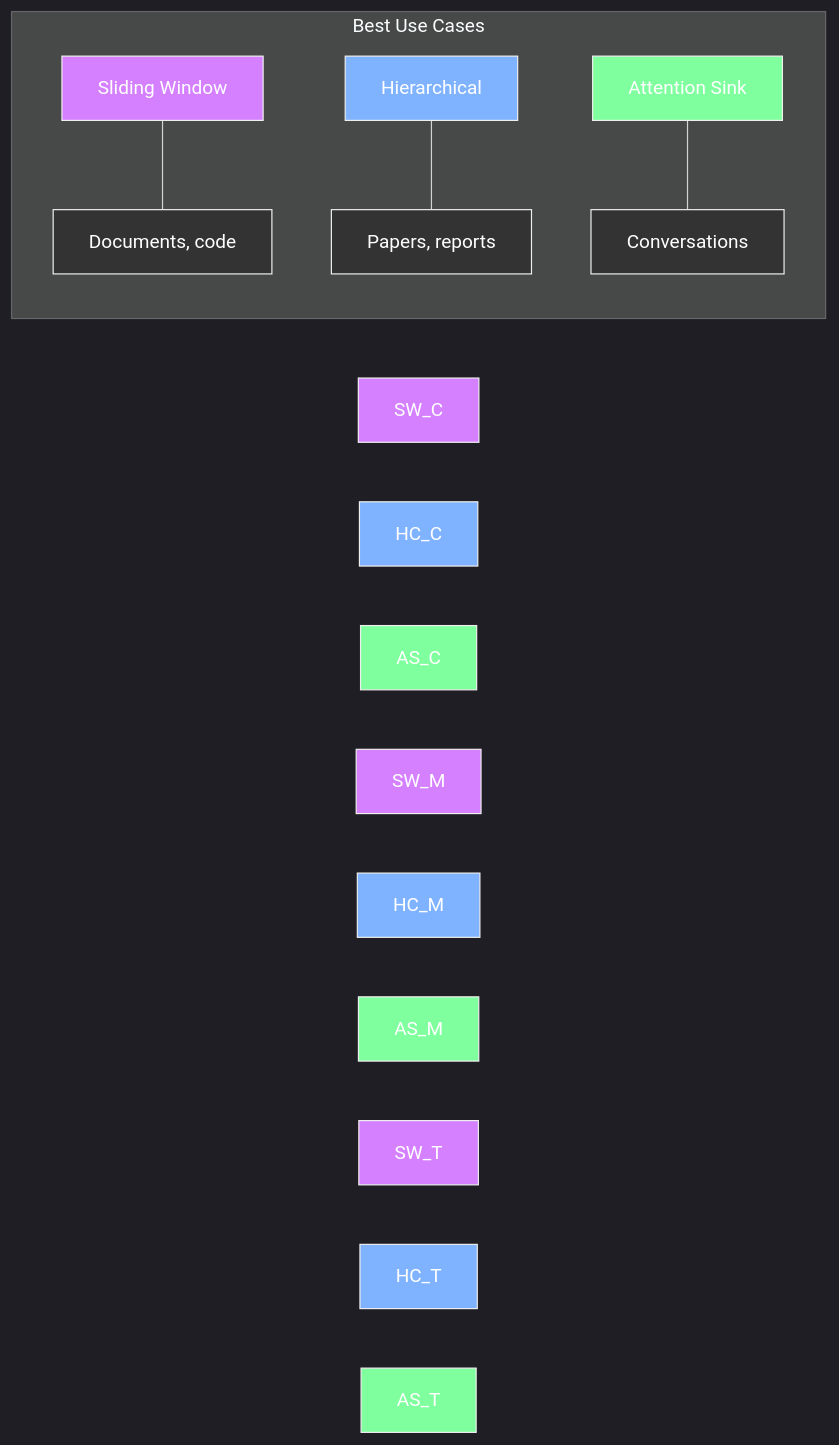
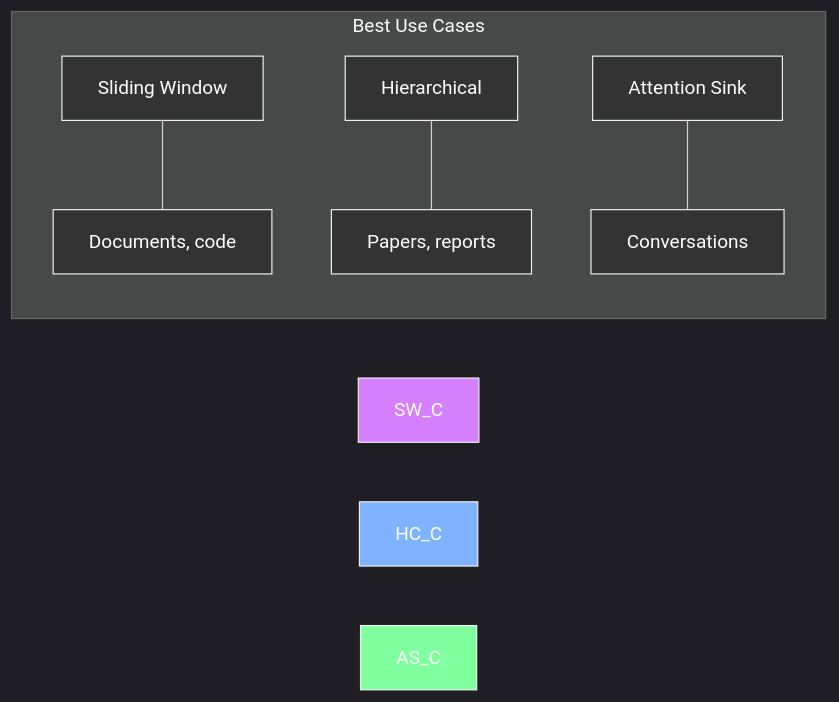
Before and after one commit to mbhatt1/ContextWormhole: the second of 2 diagrams in README.md, drawn with Mermaid.

Commit message:
Add diagram

````diff
--- a/README.md
+++ b/README.md
@@ -248,25 +248,16 @@
 ```mermaid
 %%{init: {'theme': 'dark'}}%%
 graph LR
     
     subgraph "Best Use Cases"
         SW_U[Sliding Window] --- SW_UC[Documents, code]
         HC_U[Hierarchical] --- HC_UC[Papers, reports]
         AS_U[Attention Sink] --- AS_UC[Conversations]
     end
     
     style SW_C fill:#d580ff,stroke:#eee,stroke-width:1px
     style HC_C fill:#80b3ff,stroke:#eee,stroke-width:1px
     style AS_C fill:#80ff9e,stroke:#eee,stroke-width:1px
-    style SW_M fill:#d580ff,stroke:#eee,stroke-width:1px
-    style HC_M fill:#80b3ff,stroke:#eee,stroke-width:1px
-    style AS_M fill:#80ff9e,stroke:#eee,stroke-width:1px
-    style SW_T fill:#d580ff,stroke:#eee,stroke-width:1px
-    style HC_T fill:#80b3ff,stroke:#eee,stroke-width:1px
-    style AS_T fill:#80ff9e,stroke:#eee,stroke-width:1px
-    style SW_U fill:#d580ff,stroke:#eee,stroke-width:1px
-    style HC_U fill:#80b3ff,stroke:#eee,stroke-width:1px
-    style AS_U fill:#80ff9e,stroke:#eee,stroke-width:1px
     
     classDef default fill:#333,stroke:#eee,color:#fff,stroke-width:1px
 ```
````
